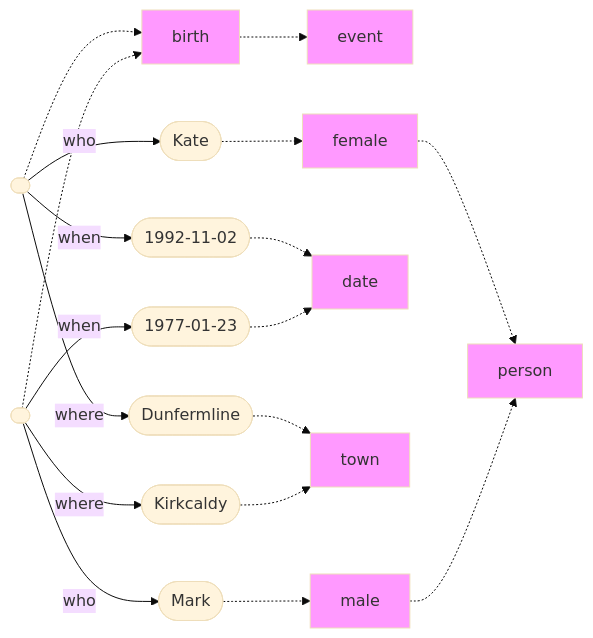
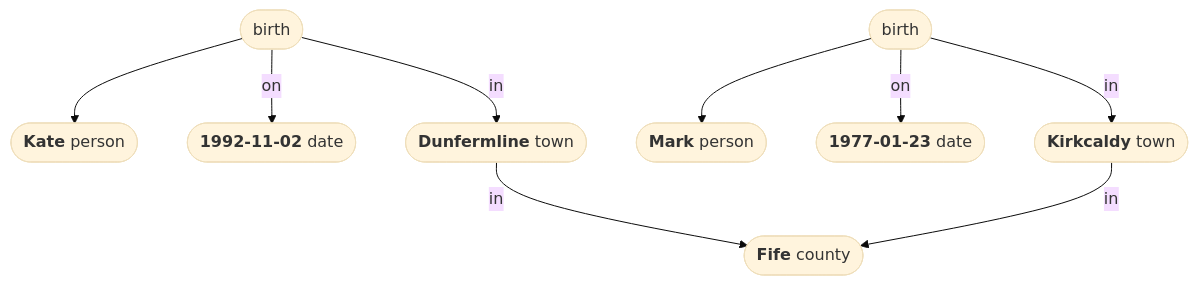
Before and after one commit to conmaol/maglocunus: the third of 9 diagrams in d/data.md, drawn with Mermaid (base theme). The commit also changed other lines of this file, not shown here.

First line of the commit message:
Refactor mermaid diagrams and enhance descriptions

````diff
--- a/d/data.md
+++ b/d/data.md
@@ -74,36 +50,20 @@
 ```mermaid
-flowchart LR
-    e[event]:::type
-    f[birth]:::type
-    f -.-> e
-    a -.-> f
-    a([ ])
-    b([Kate])
-    c([1992-11-02])
-    d([Dunfermline])
-    a -- who --> b
-    a -- when --> c
-    a -- where --> d
-    g[female]:::type
-    h[person]:::type
-    b -.-> g
-    g -.-> h
-    i[date]:::type
-    c -.-> i
-    k[town]:::type
-    d -.-> k
-    classDef type fill:#f9f;
-    aa -.-> f
-    aa([ ])
-    bb([Mark])
-    cc([1977-01-23])
-    dd([Kirkcaldy])
-    aa -- who --> bb
-    aa -- when --> cc
-    aa -- where --> dd
-    gg[male]:::type
-    bb -.-> gg
-    gg -.-> h
-    dd -.-> k
-    cc -.-> i
+flowchart TD
+    a([birth])
+    b(["`**Kate** person`"])
+    c(["`**1992-11-02** date`"])
+    d(["`**Dunfermline** town`"])
+    a --> b
+    a -- on --> c
+    a -- in --> d
+    aa([birth])
+    bb(["`**Mark** person`"])
+    cc(["`**1977-01-23** date`"])
+    dd(["`**Kirkcaldy** town`"])
+    aa --> bb
+    aa -- on --> cc
+    aa -- in --> dd
+    e(["`**Fife** county`"])
+    d -- in --> e
+    dd -- in --> e
 ```
````
